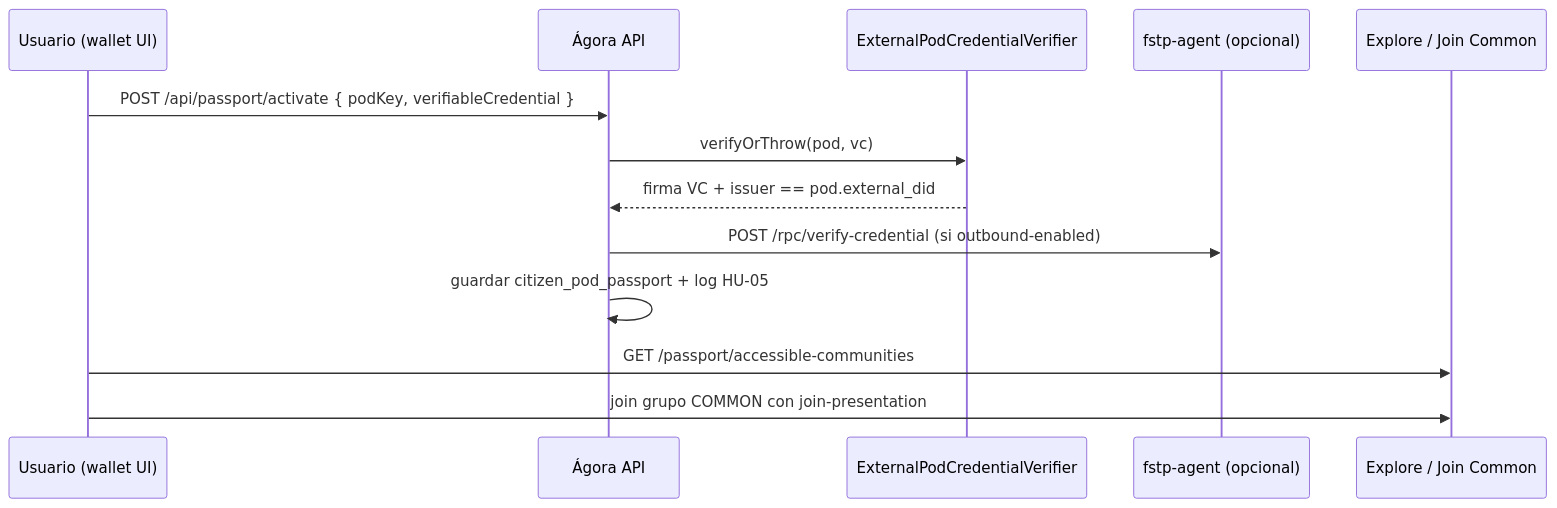
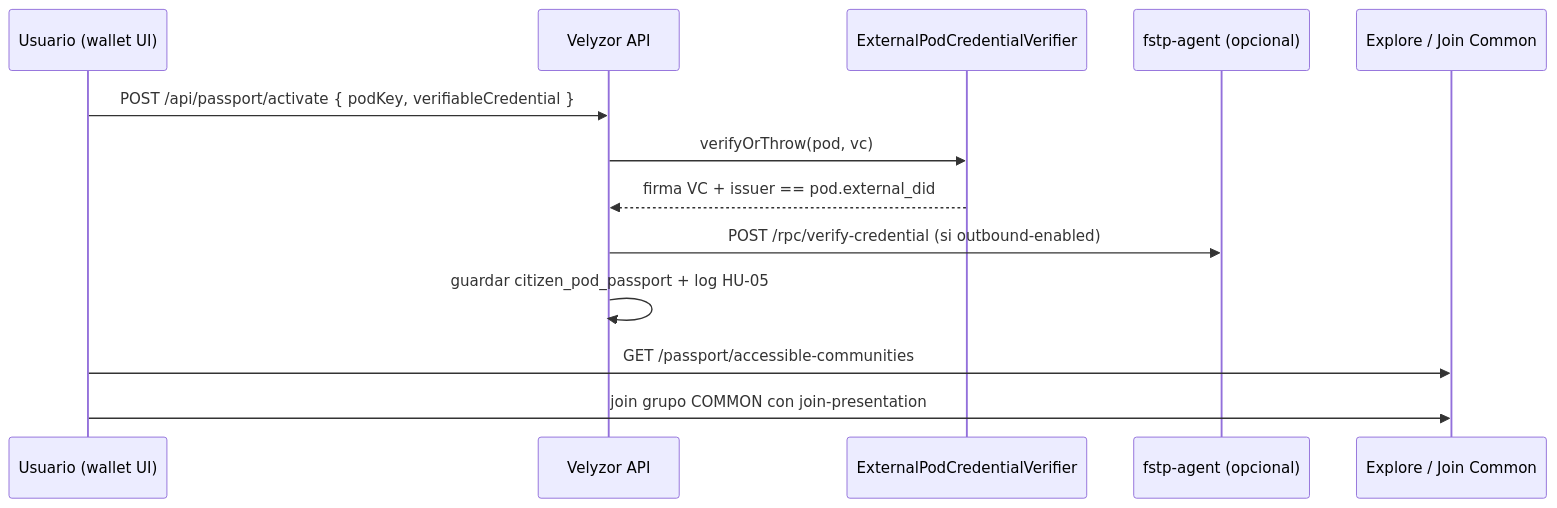
One commit to rsotoc/fstp changed the diagram in docs/IDENTIDAD-HU03.md. Above: the diagram before and after it, drawn with Mermaid. The commit also changed other lines of this file and 27 other files, not shown here.

````diff
--- a/docs/IDENTIDAD-HU03.md
+++ b/docs/IDENTIDAD-HU03.md
@@ -17,16 +17,16 @@
 ```mermaid
 sequenceDiagram
     participant U as Usuario (wallet UI)
-    participant A as Ágora API
+    participant A as Velyzor API
     participant V as ExternalPodCredentialVerifier
     participant SA as fstp-agent (opcional)
     participant E as Explore / Join Common
 
     U->>A: POST /api/passport/activate { podKey, verifiableCredential }
     A->>V: verifyOrThrow(pod, vc)
     V-->>A: firma VC + issuer == pod.external_did
     A->>SA: POST /rpc/verify-credential (si outbound-enabled)
     A->>A: guardar citizen_pod_passport + log HU-05
     U->>E: GET /passport/accessible-communities
     U->>E: join grupo COMMON con join-presentation
 ```
````
